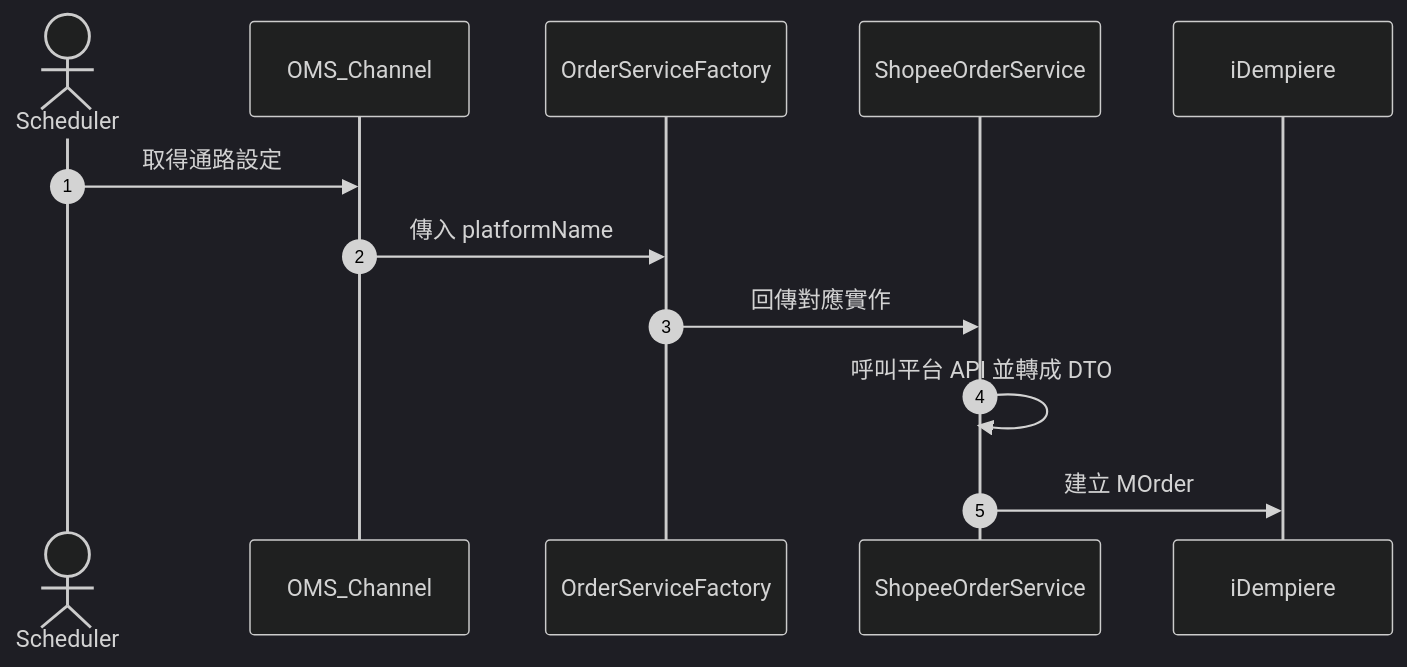
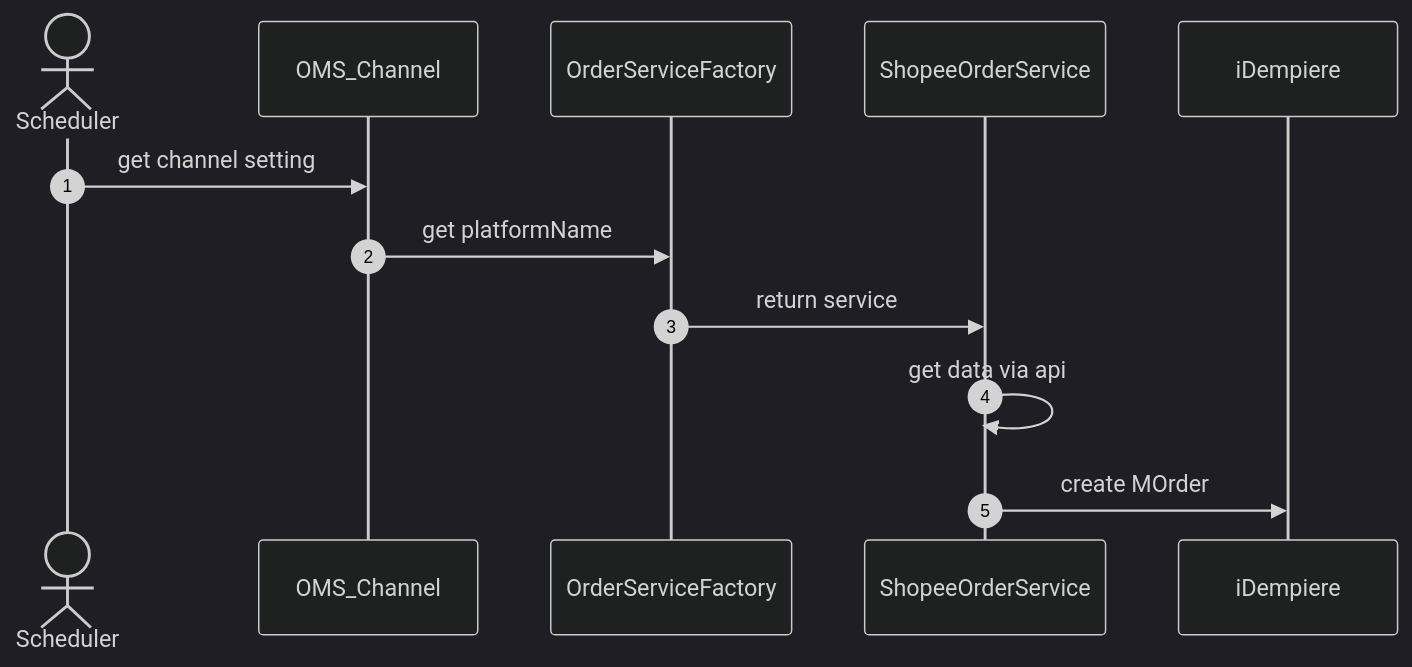
Before and after one commit to tm731531/idempiere-oms: the second of 3 diagrams in docs/architecture.md, drawn with Mermaid (dark theme).

````diff
--- a/docs/architecture.md
+++ b/docs/architecture.md
@@ -38,15 +38,15 @@
 ```mermaid
 sequenceDiagram
     autonumber
     actor Scheduler
     participant Channel as OMS_Channel
     participant Factory as OrderServiceFactory
     participant Service as ShopeeOrderService
     participant iDempiere
 
-    Scheduler->>Channel: 取得通路設定
-    Channel->>Factory: 傳入 platformName
-    Factory->>Service: 回傳對應實作
-    Service->>Service: 呼叫平台 API 並轉成 DTO
-    Service->>iDempiere: 建立 MOrder
+    Scheduler->>Channel: get channel setting
+    Channel->>Factory: get platformName
+    Factory->>Service: return service
+    Service->>Service: get data via api 
+    Service->>iDempiere: create MOrder
 ```
````
